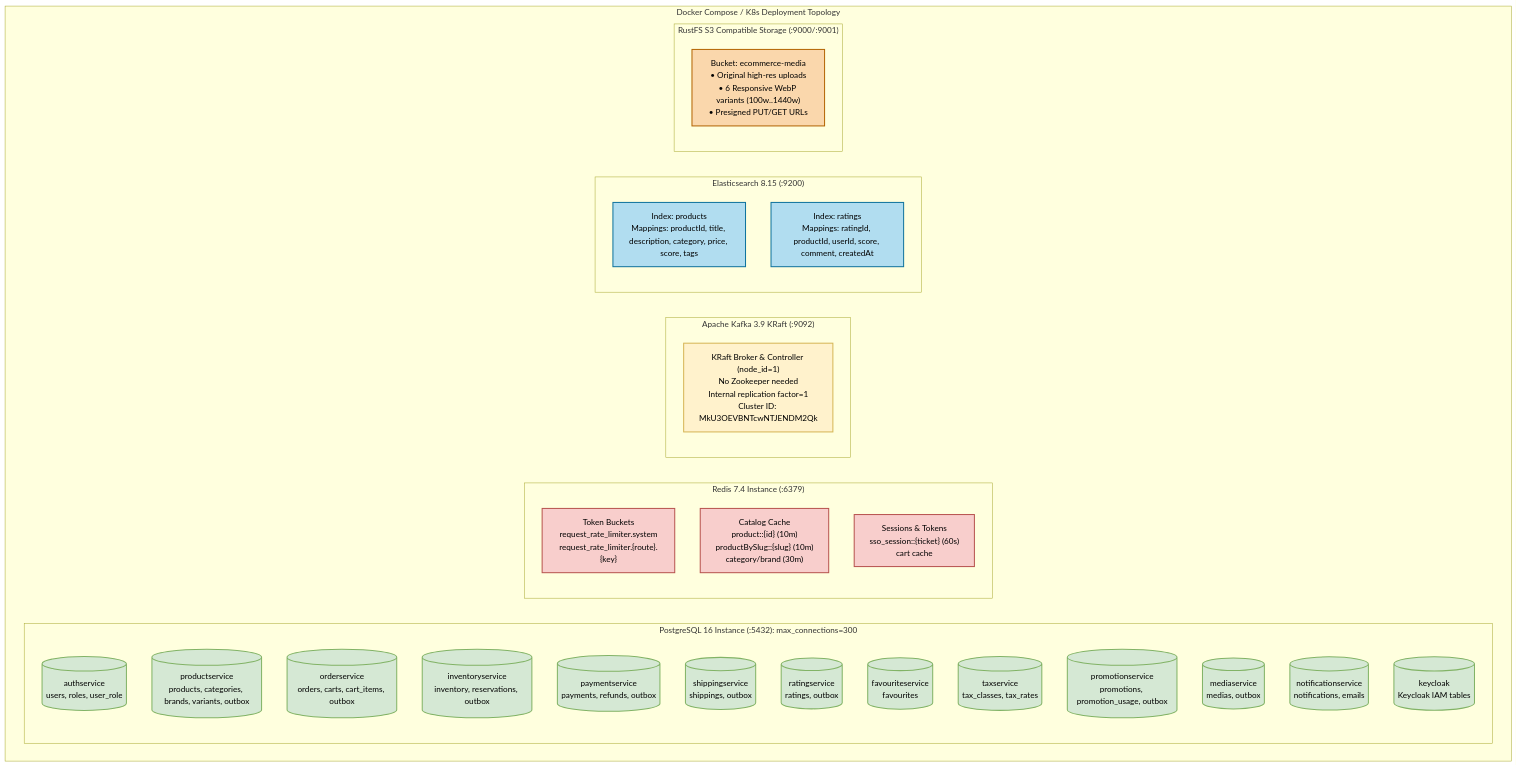
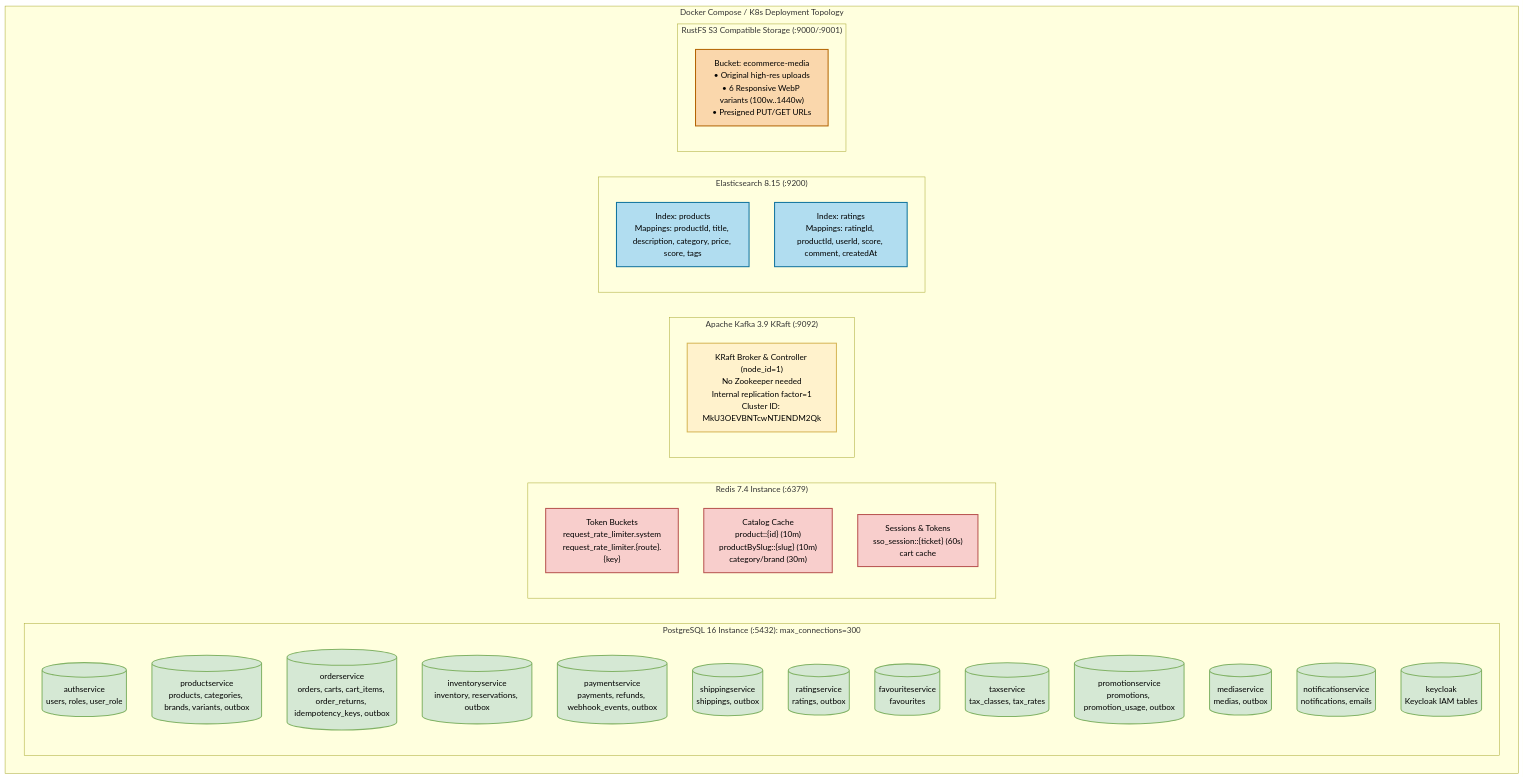
One commit to tonminhce/petproject changed the fifth of 5 diagrams in docs/FULL-ARCHITECTURE.md. Above: the diagram before and after it, drawn with Mermaid. The commit also changed other lines of this file and 17 other files, not shown here.

Commit message:
docs(arch): synchronize architecture diagrams, event topics, endpoints & saga flows

````diff
--- a/docs/FULL-ARCHITECTURE.md
+++ b/docs/FULL-ARCHITECTURE.md
@@ -427,46 +434,46 @@
 ```mermaid
 %% Data Stores, Storage Architecture & Deployment Topology
 flowchart TB
     classDef pgClass fill:#d5e8d4,stroke:#82b366,stroke-width:2px,color:#000000;
     classDef redisClass fill:#f8cecc,stroke:#b85450,stroke-width:2px,color:#000000;
     classDef kafkaClass fill:#fff2cc,stroke:#d6b656,stroke-width:2px,color:#000000;
     classDef esClass fill:#b1ddf0,stroke:#10739e,stroke-width:2px,color:#000000;
     classDef s3Class fill:#fad7ac,stroke:#b46504,stroke-width:2px,color:#000000;
 
     subgraph DOCKER_COMPOSE ["Docker Compose / K8s Deployment Topology"]
         subgraph PG_CLUSTER ["PostgreSQL 16 Instance (:5432): max_connections=300"]
             DB_AUTH[("authservice<br/>users, roles, user_role")]:::pgClass
             DB_PRD[("productservice<br/>products, categories, brands, variants, outbox")]:::pgClass
-            DB_ORD[("orderservice<br/>orders, carts, cart_items, outbox")]:::pgClass
+            DB_ORD[("orderservice<br/>orders, carts, cart_items, order_returns, idempotency_keys, outbox")]:::pgClass
             DB_INV[("inventoryservice<br/>inventory, reservations, outbox")]:::pgClass
-            DB_PAY[("paymentservice<br/>payments, refunds, outbox")]:::pgClass
+            DB_PAY[("paymentservice<br/>payments, refunds, webhook_events, outbox")]:::pgClass
             DB_SHP[("shippingservice<br/>shippings, outbox")]:::pgClass
             DB_RTG[("ratingservice<br/>ratings, outbox")]:::pgClass
             DB_FAV[("favouriteservice<br/>favourites")]:::pgClass
             DB_TAX[("taxservice<br/>tax_classes, tax_rates")]:::pgClass
             DB_PRM[("promotionservice<br/>promotions, promotion_usage, outbox")]:::pgClass
             DB_MED[("mediaservice<br/>medias, outbox")]:::pgClass
             DB_NTF[("notificationservice<br/>notifications, emails")]:::pgClass
             DB_KC[("keycloak<br/>Keycloak IAM tables")]:::pgClass
         end
 
         subgraph REDIS_CLUSTER ["Redis 7.4 Instance (:6379)"]
             R_BUCKETS["Token Buckets<br/>request_rate_limiter.system<br/>request_rate_limiter.{route}.{key}"]:::redisClass
             R_CATALOG["Catalog Cache<br/>product::{id} (10m)<br/>productBySlug::{slug} (10m)<br/>category/brand (30m)"]:::redisClass
             R_SESSIONS["Sessions & Tokens<br/>sso_session::{ticket} (60s)<br/>cart cache"]:::redisClass
         end
 
         subgraph KAFKA_CLUSTER ["Apache Kafka 3.9 KRaft (:9092)"]
             K_BROKER["KRaft Broker & Controller (node_id=1)<br/>No Zookeeper needed<br/>Internal replication factor=1<br/>Cluster ID: MkU3OEVBNTcwNTJENDM2Qk"]:::kafkaClass
         end
 
         subgraph ES_CLUSTER ["Elasticsearch 8.15 (:9200)"]
             ES_IDX_PRD["Index: products<br/>Mappings: productId, title, description, category, price, score, tags"]:::esClass
             ES_IDX_RTG["Index: ratings<br/>Mappings: ratingId, productId, userId, score, comment, createdAt"]:::esClass
         end
 
         subgraph RUSTFS_CLUSTER ["RustFS S3 Compatible Storage (:9000/:9001)"]
             S3_BUCKET["Bucket: ecommerce-media<br/>• Original high-res uploads<br/>• 6 Responsive WebP variants (100w..1440w)<br/>• Presigned PUT/GET URLs"]:::s3Class
         end
     end
 ```
````
